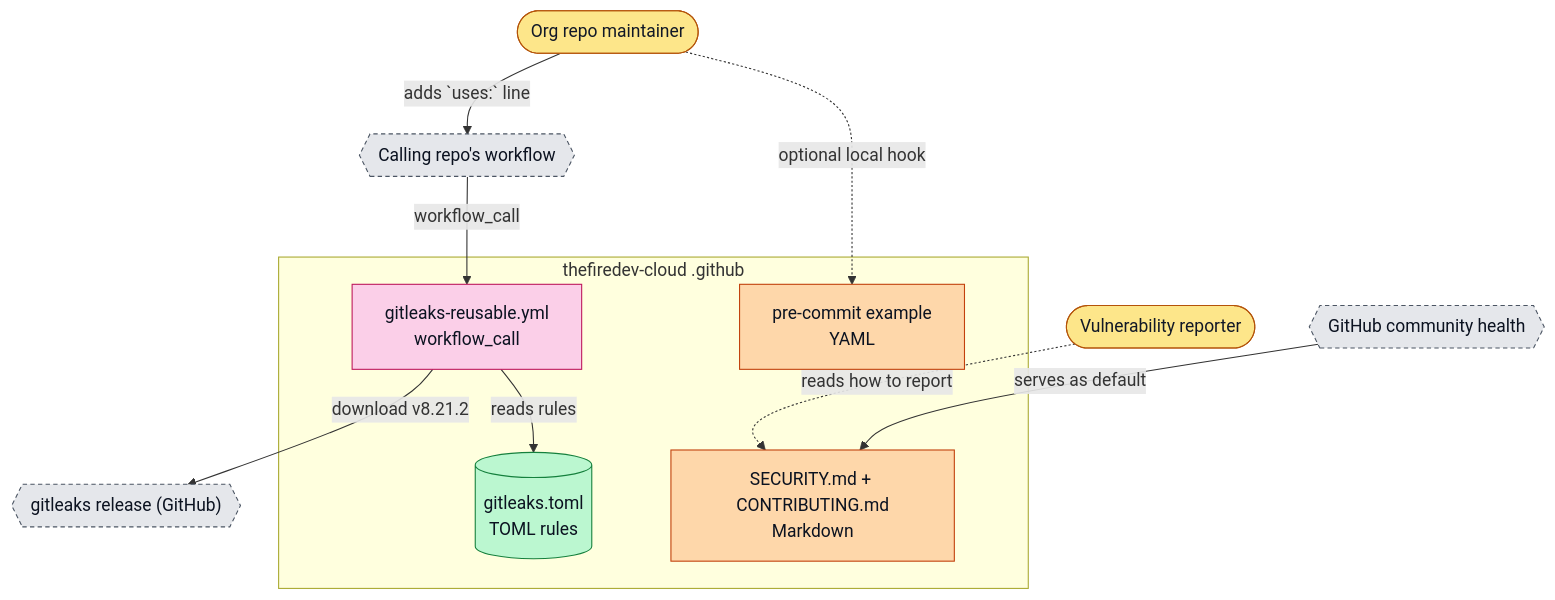
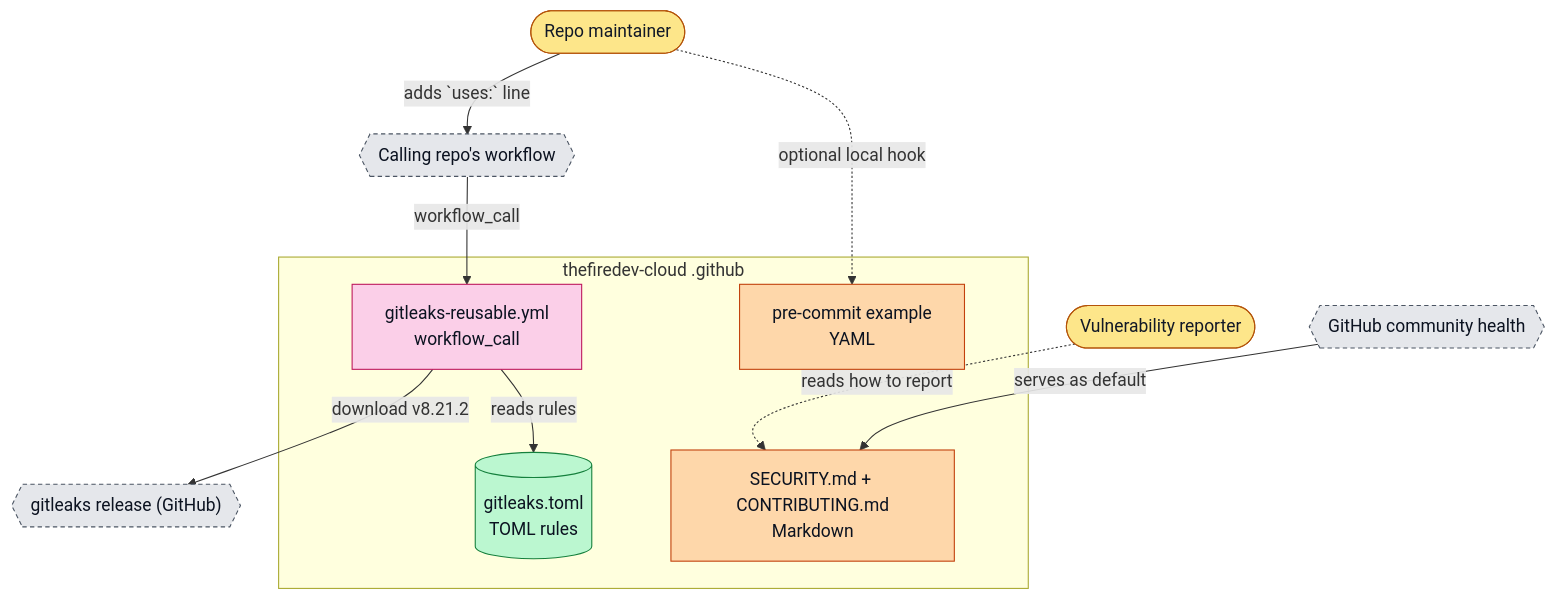
Before and after one commit to thefiredev-cloud/.github: the diagram in docs/architecture/containers.mmd, drawn with Mermaid. The commit also changed 14 other files, not shown here.

```diff
--- a/docs/architecture/containers.mmd
+++ b/docs/architecture/containers.mmd
@@ -1,24 +1,24 @@
 flowchart TB
-  dev(["Org repo maintainer"]):::actor
+  dev(["Repo maintainer"]):::actor
   reporter(["Vulnerability reporter"]):::actor
   caller{{"Calling repo's workflow"}}:::ext
   gl{{"gitleaks release (GitHub)"}}:::ext
   gh{{"GitHub community health"}}:::ext
   subgraph SYSTEM["thefiredev-cloud .github"]
     wf["gitleaks-reusable.yml<br/>workflow_call"]:::job
     cfg[("gitleaks.toml<br/>TOML rules")]:::store
     hook["pre-commit example<br/>YAML"]:::doc
     policy["SECURITY.md + CONTRIBUTING.md<br/>Markdown"]:::doc
   end
   dev -->|"adds `uses:` line"| caller
   caller -->|"workflow_call"| wf
   wf -->|"download v8.21.2"| gl
   wf -->|"reads rules"| cfg
   gh -->|"serves as default"| policy
   reporter -.->|"reads how to report"| policy
   dev -.->|"optional local hook"| hook
   classDef actor fill:#fde68a,stroke:#b45309,color:#111827
   classDef doc fill:#fed7aa,stroke:#c2410c,color:#0b1220
   classDef ext fill:#e5e7eb,stroke:#4b5563,color:#0b1220,stroke-dasharray:4 3
   classDef job fill:#fbcfe8,stroke:#be185d,color:#0b1220
   classDef store fill:#bbf7d0,stroke:#15803d,color:#0b1220
```
